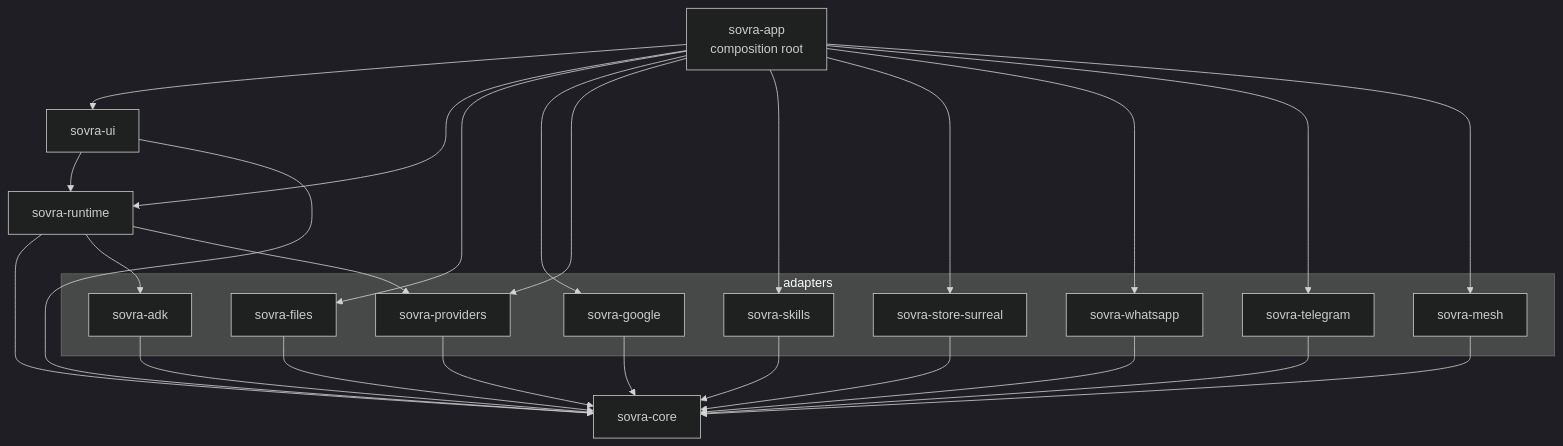
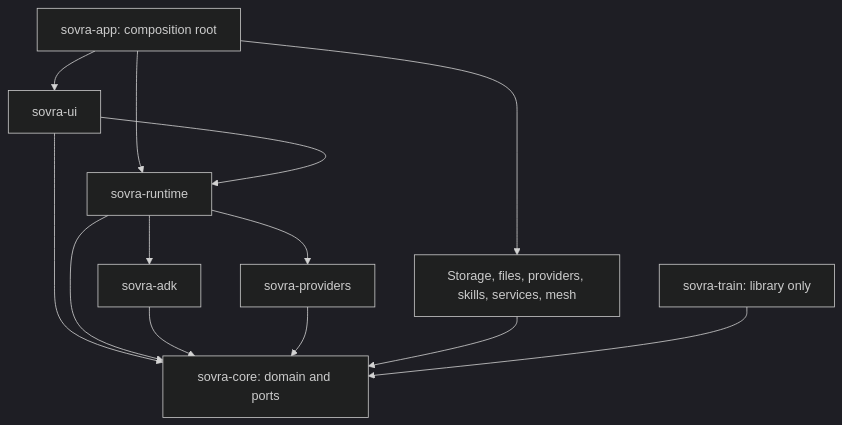
Before and after one commit to Sovra-AI/SovraHarness: the first of 2 diagrams in docs/architecture.md, drawn with Mermaid (dark theme). The commit also changed other lines of this file and 151 other files, not shown here.

````diff
--- a/docs/architecture.md
+++ b/docs/architecture.md
@@ -48,42 +27,15 @@
 ```mermaid
 flowchart TB
-  app["sovra-app<br/>composition root"]
-  ui["sovra-ui"]
-  runtime["sovra-runtime"]
-  core["sovra-core"]
-  subgraph adapters["adapters"]
-    adk["sovra-adk"]
-    files["sovra-files"]
-    skills["sovra-skills"]
-    google["sovra-google"]
-    providers["sovra-providers"]
-    store["sovra-store-surreal"]
-    wa["sovra-whatsapp"]
-    tg["sovra-telegram"]
-    mesh["sovra-mesh"]
-  end
-  app --> ui
-  app --> runtime
-  app --> files
-  app --> google
-  app --> providers
-  app --> skills
-  app --> store
-  app --> wa
-  app --> tg
-  app --> mesh
+  app["sovra-app: composition root"] --> ui["sovra-ui"]
+  app --> runtime["sovra-runtime"]
+  app --> adapters["Storage, files, providers, skills, services, mesh"]
   ui --> runtime
-  ui --> core
+  ui --> core["sovra-core: domain and ports"]
+  runtime --> adk["sovra-adk"]
+  runtime --> providers["sovra-providers"]
   runtime --> core
-  runtime --> adk
-  runtime --> providers
   adk --> core
-  files --> core
-  skills --> core
-  google --> core
   providers --> core
-  store --> core
-  wa --> core
-  tg --> core
-  mesh --> core
+  adapters --> core
+  train["sovra-train: library only"] --> core
 ```
````
